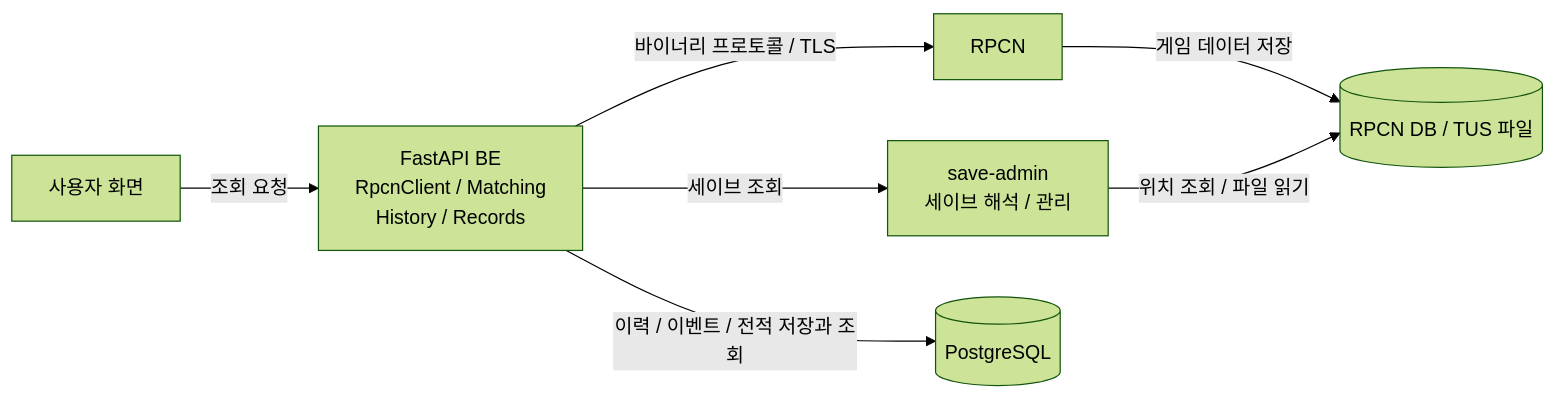
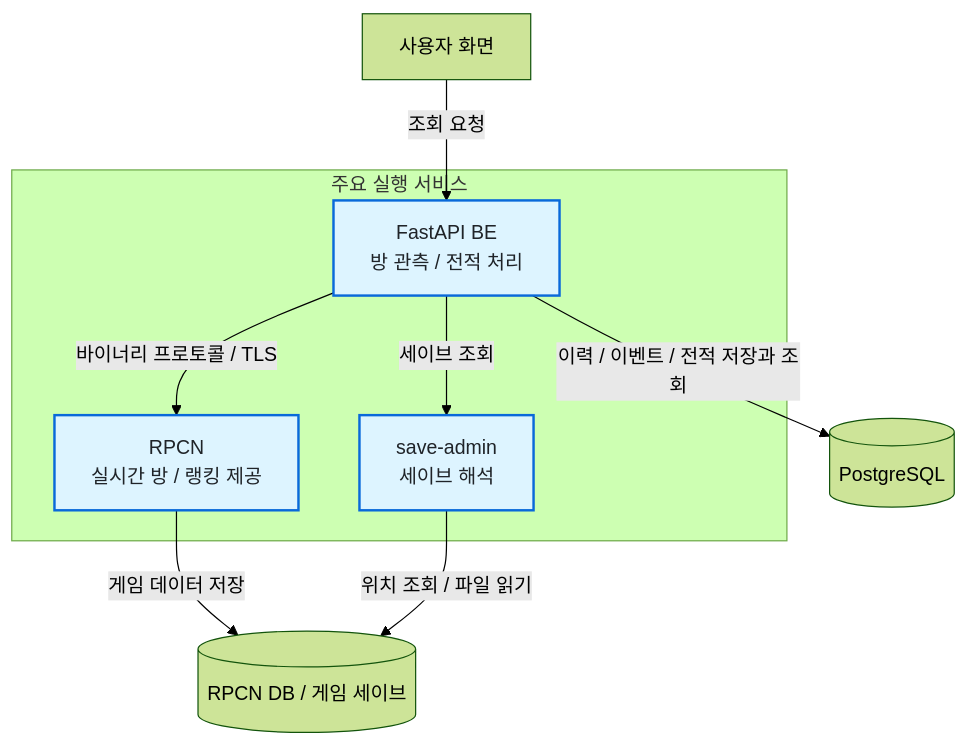
One commit to ass3027/portfolio changed the diagram in content/v2/01-tag2now.md. Above: the diagram before and after it, drawn with Mermaid (forest theme). The commit also changed other lines of this file and 5 other files, not shown here.

````diff
--- a/content/v2/01-tag2now.md
+++ b/content/v2/01-tag2now.md
@@ -24,9 +40,16 @@
 ```mermaid
-flowchart LR
-    FE["사용자 화면"] -->|조회 요청| BE["FastAPI BE<br/>RpcnClient / Matching<br/>History / Records"]
-    BE -->|바이너리 프로토콜 / TLS| RPCN["RPCN"]
-    BE -->|세이브 조회| SA["save-admin<br/>세이브 해석 / 관리"]
+flowchart TB
+    subgraph Services["주요 실행 서비스"]
+        RPCN["RPCN<br/>실시간 방 / 랭킹 제공"]
+        BE["FastAPI BE<br/>방 관측 / 전적 처리"]
+        SA["save-admin<br/>세이브 해석"]
+    end
+    FE["사용자 화면"] -->|조회 요청| BE
+    BE -->|바이너리 프로토콜 / TLS| RPCN
+    BE -->|세이브 조회| SA
     BE -->|이력 / 이벤트 / 전적 저장과 조회| PG[("PostgreSQL")]
-    RPCN -->|게임 데이터 저장| DATA[("RPCN DB / TUS 파일")]
+    RPCN -->|게임 데이터 저장| DATA[("RPCN DB / 게임 세이브")]
     SA -->|위치 조회 / 파일 읽기| DATA
+    classDef service fill:#ddf4ff,color:#1f2328,stroke:#0969da,stroke-width:2px
+    class RPCN,BE,SA service
 ```
````
